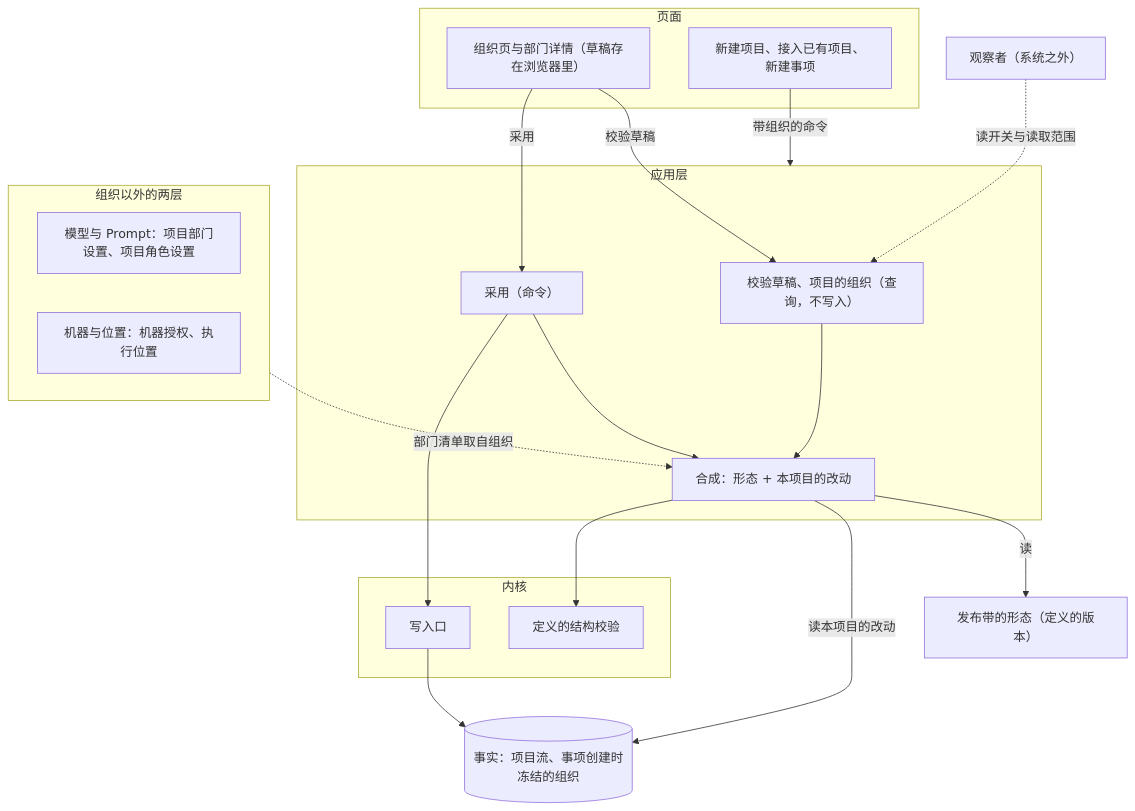
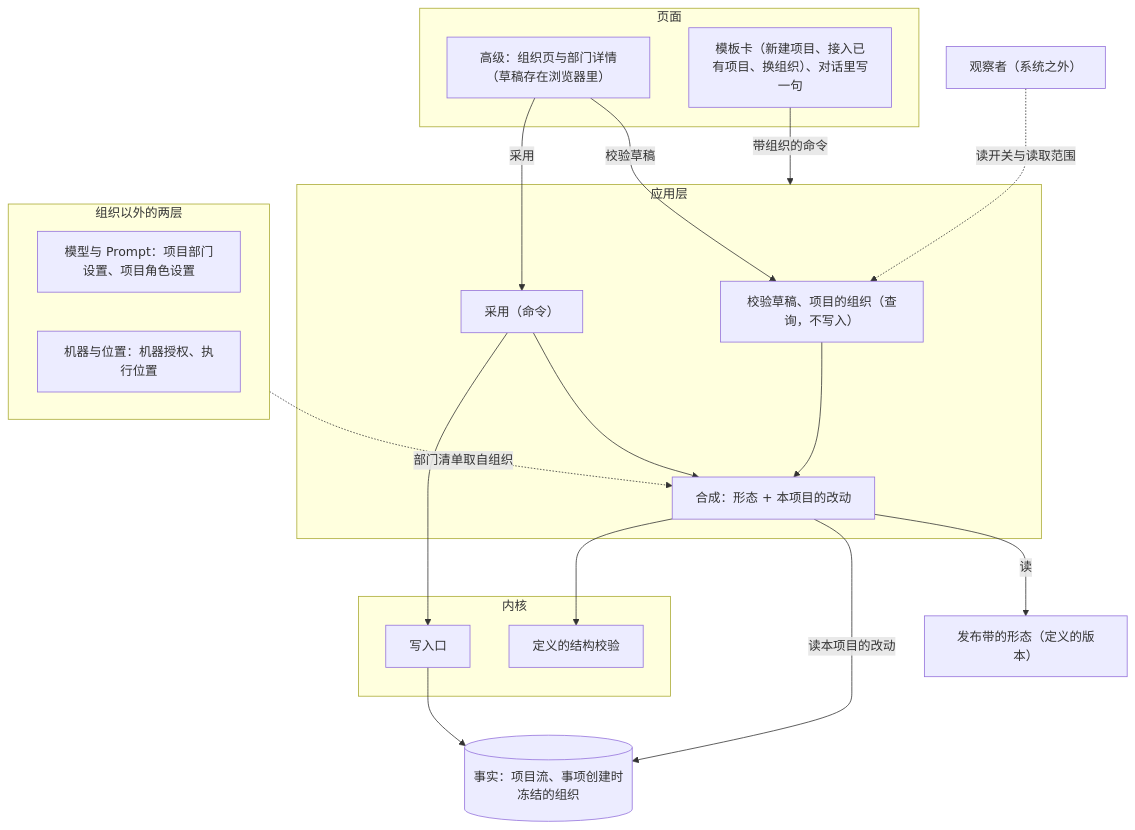
The first of 3 diagrams in docs/design/project-organization.md (bender2333/yudao), drawn with Mermaid before and after one commit. The commit also changed other lines of this file and 7 other files, not shown here.

````diff
--- a/docs/design/project-organization.md
+++ b/docs/design/project-organization.md
@@ -61,34 +64,34 @@
 ```mermaid
 flowchart TB
   subgraph Page["页面"]
-    OrgPage["组织页与部门详情（草稿存在浏览器里）"]
-    Dialogs["新建项目、接入已有项目、新建事项"]
+    OrgPage["高级：组织页与部门详情（草稿存在浏览器里）"]
+    Dialogs["模板卡（新建项目、接入已有项目、换组织）、对话里写一句"]
   end
   subgraph App["应用层"]
     Query["校验草稿、项目的组织（查询，不写入）"]
     Adopt["采用（命令）"]
     Compose["合成：形态 + 本项目的改动"]
   end
   subgraph Kernel["内核"]
     Check["定义的结构校验"]
     Write["写入口"]
   end
   Forms["发布带的形态（定义的版本）"]
   Facts[("事实：项目流、事项创建时冻结的组织")]
   subgraph Others["组织以外的两层"]
     ModelPrompt["模型与 Prompt：项目部门设置、项目角色设置"]
     Machine["机器与位置：机器授权、执行位置"]
   end
   Obs["观察者（系统之外）"]
   OrgPage -->|"校验草稿"| Query
   OrgPage -->|"采用"| Adopt
   Dialogs -->|"带组织的命令"| App
   Query --> Compose
   Adopt --> Compose
   Compose -->|"读"| Forms
   Compose -->|"读本项目的改动"| Facts
   Compose --> Check
   Adopt --> Write --> Facts
   Others -.->|"部门清单取自组织"| Compose
   Obs -.->|"读开关与读取范围"| Query
 ```
````
